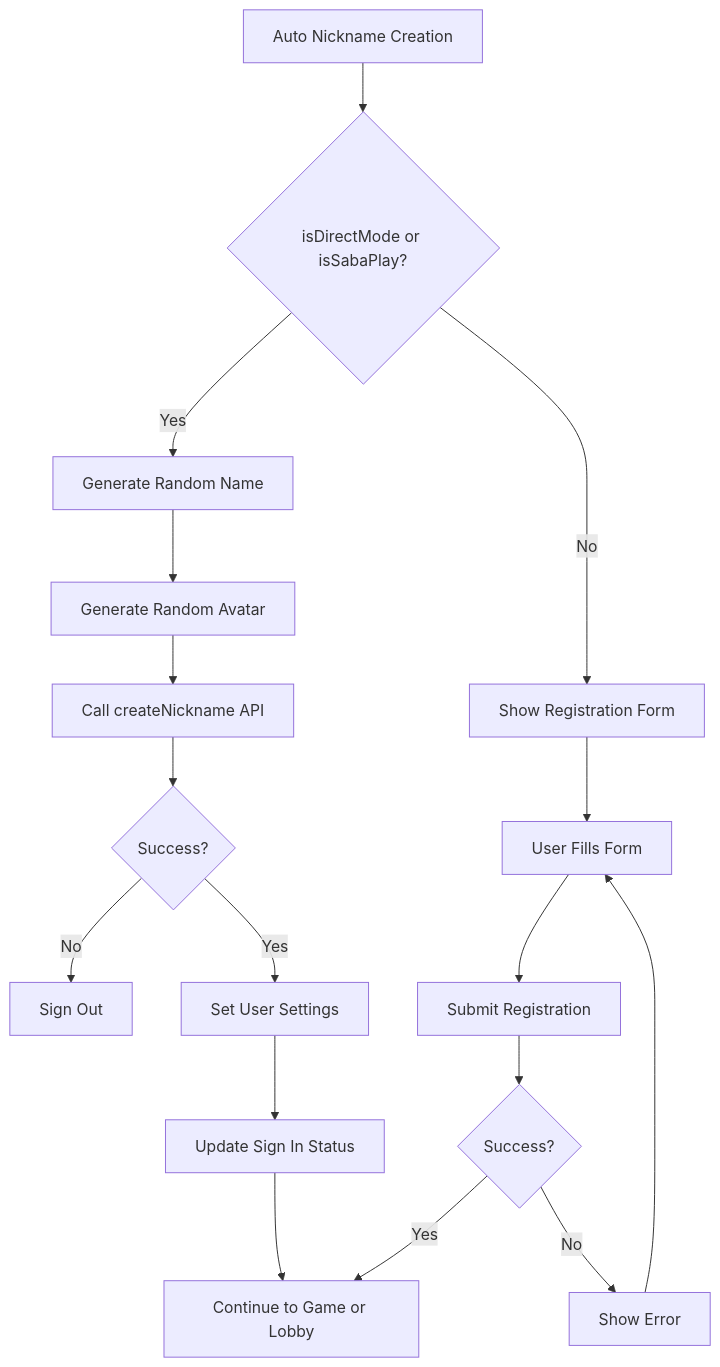
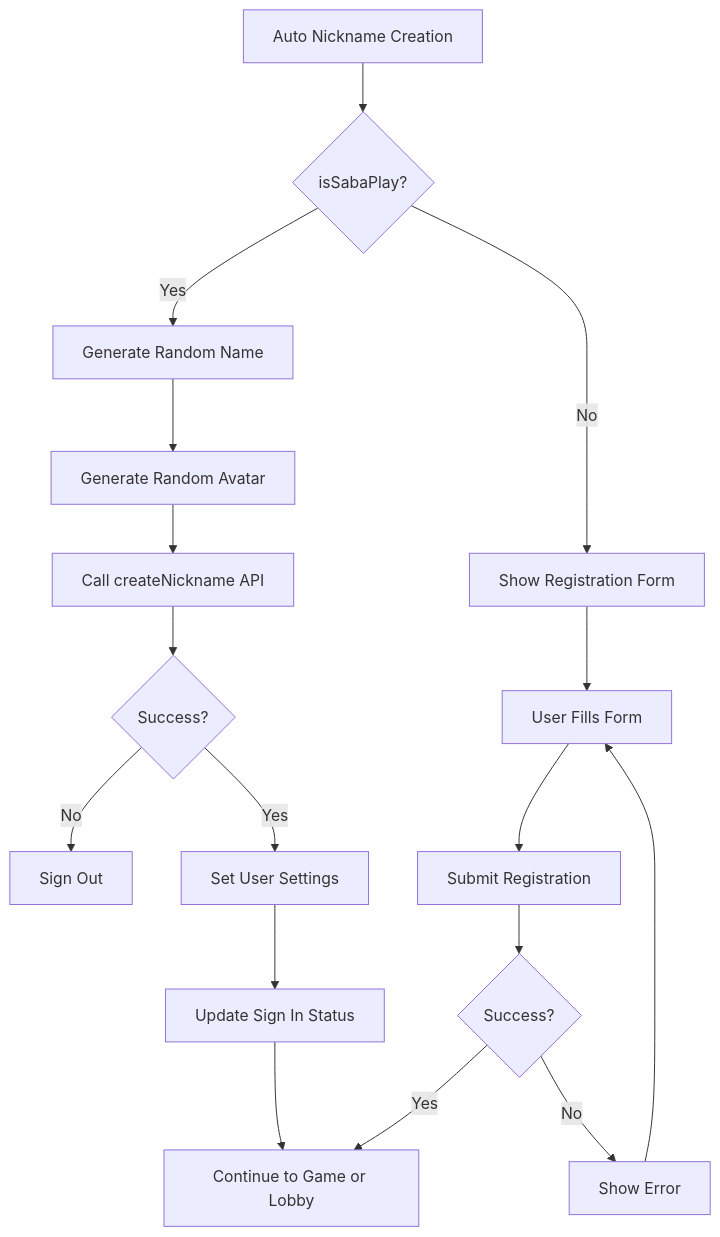
The seventh of 13 diagrams in docs/URL_Context_Flow_Diagrams.md (starixvn/l1_game-clients_original-games-client_original-games-client-html), drawn with Mermaid before and after one commit. The commit also changed other lines of this file and 32 other files, not shown here.

Commit message:
feat: now direct mode is the default mode so remove this term

````diff
--- a/docs/URL_Context_Flow_Diagrams.md
+++ b/docs/URL_Context_Flow_Diagrams.md
@@ -258,23 +253,23 @@
 ```mermaid
 flowchart TD
-    A7[Auto Nickname Creation] --> B7{isDirectMode or isSabaPlay?}
+    A7[Auto Nickname Creation] --> B7{isSabaPlay?}
     B7 -->|Yes| C7[Generate Random Name]
     B7 -->|No| D7[Show Registration Form]
 
     C7 --> E7[Generate Random Avatar]
     E7 --> F7[Call createNickname API]
     F7 --> G7{Success?}
     G7 -->|No| H7[Sign Out]
     G7 -->|Yes| I7[Set User Settings]
 
     I7 --> J7[Update Sign In Status]
     J7 --> K7[Continue to Game or Lobby]
 
     D7 --> L7[User Fills Form]
     L7 --> M7[Submit Registration]
     M7 --> N7{Success?}
     N7 -->|No| O7[Show Error]
     N7 -->|Yes| K7
 
     O7 --> L7
 ```
````
